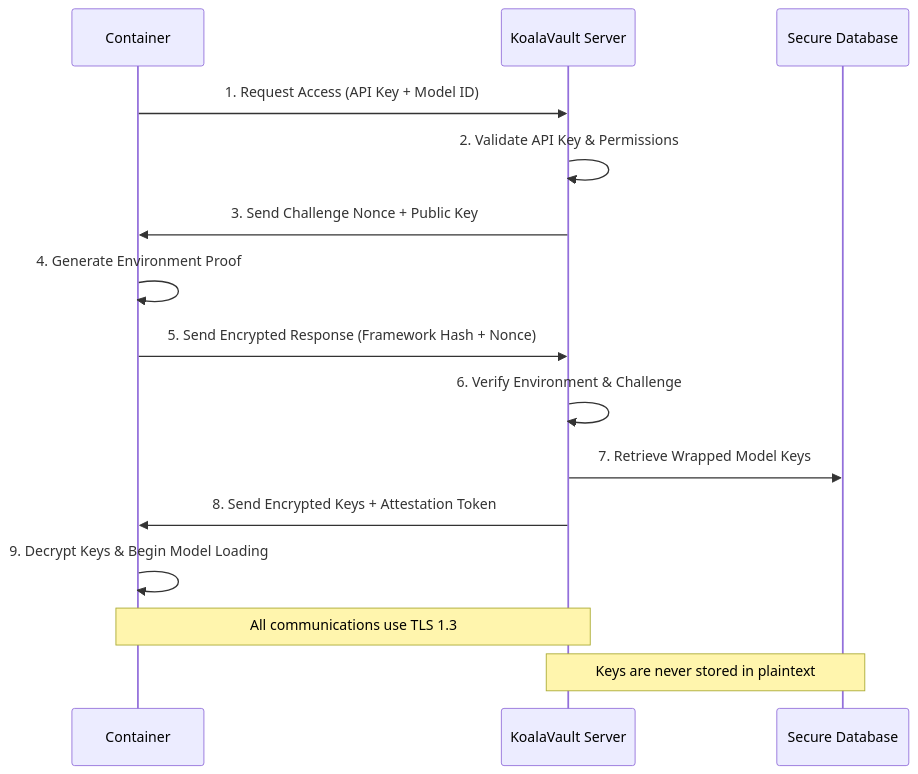
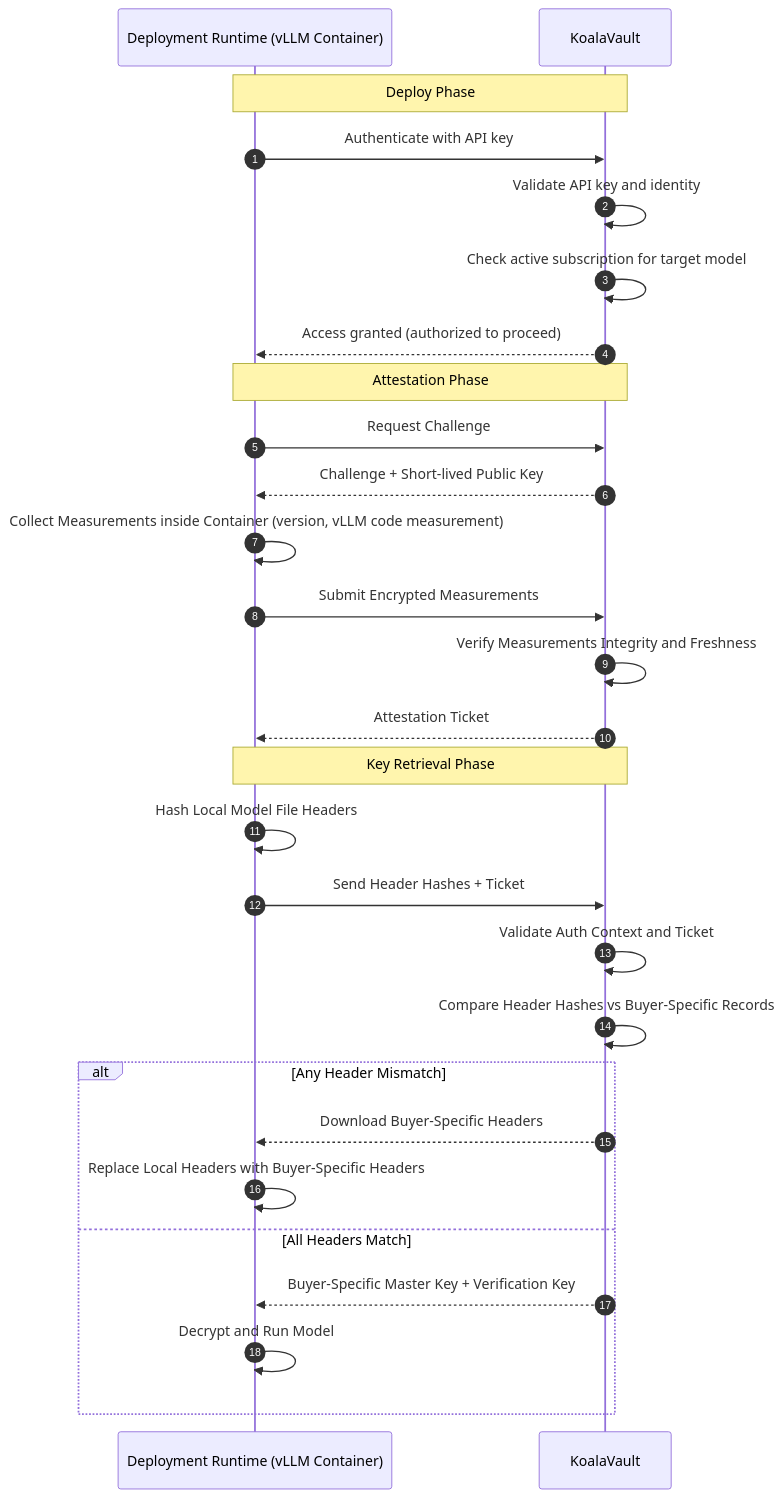
The second of 2 diagrams in docs/security/architecture.mdx (KoalaVault-ai/koalavault.ai), drawn with Mermaid before and after one commit. The commit also changed other lines of this file and 13 other files, not shown here.

Commit message:
docs: update security architecture and deployment guides

````diff
--- a/docs/security/architecture.mdx
+++ b/docs/security/architecture.mdx
@@ -61,19 +79,35 @@
 ```mermaid
 sequenceDiagram
-    participant C as Container
-    participant KV as KoalaVault Server
-    participant DB as Secure Database
+    autonumber
+    participant C as Deployment Runtime (vLLM Container)
+    participant S as KoalaVault
 
-    C->>KV: 1. Request Access (API Key + Model ID)
-    KV->>KV: 2. Validate API Key & Permissions
-    KV->>C: 3. Send Challenge Nonce + Public Key
-    C->>C: 4. Generate Environment Proof
-    C->>KV: 5. Send Encrypted Response (Framework Hash + Nonce)
-    KV->>KV: 6. Verify Environment & Challenge
-    KV->>DB: 7. Retrieve Wrapped Model Keys
-    KV->>C: 8. Send Encrypted Keys + Attestation Token
-    C->>C: 9. Decrypt Keys & Begin Model Loading
+    Note over C,S: Deploy Phase
 
-    Note over C,KV: All communications use TLS 1.3
-    Note over KV,DB: Keys are never stored in plaintext
+    C->>S: Authenticate with API key
+    S->>S: Validate API key and identity
+    S->>S: Check active subscription for target model
+    S-->>C: Access granted (authorized to proceed)
+
+    Note over C,S: Attestation Phase
+    C->>S: Request Challenge
+    S-->>C: Challenge + Short-lived Public Key
+    C->>C: Collect Measurements inside Container (version, vLLM code measurement)
+    C->>S: Submit Encrypted Measurements
+    S->>S: Verify Measurements Integrity and Freshness
+    S-->>C: Attestation Ticket
+
+    Note over C,S: Key Retrieval Phase
+    C->>C: Hash Local Model File Headers
+    C->>S: Send Header Hashes + Ticket
+    S->>S: Validate Auth Context and Ticket
+    S->>S: Compare Header Hashes vs Buyer-Specific Records
+
+    alt Any Header Mismatch
+        S-->>C: Download Buyer-Specific Headers
+        C->>C: Replace Local Headers with Buyer-Specific Headers
+    else All Headers Match
+        S-->>C: Buyer-Specific Master Key + Verification Key
+        C->>C: Decrypt and Run Model
+    end
 ```
````
